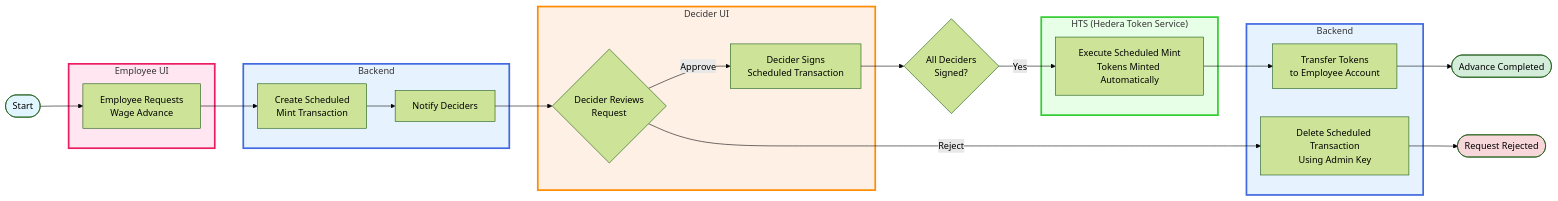
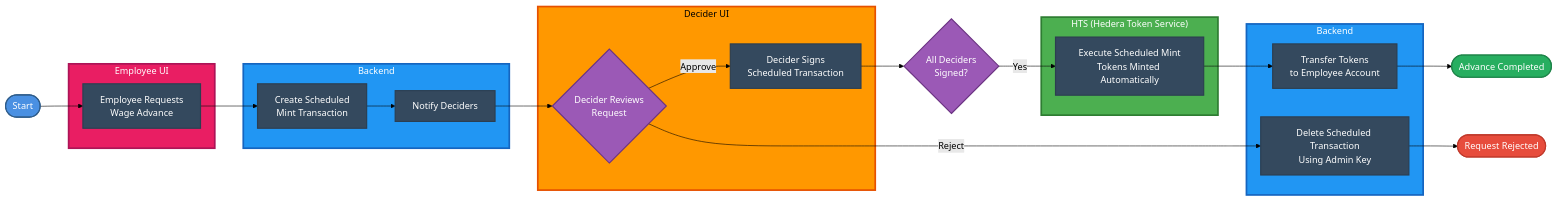
Before and after one commit to abdop/TARWIJ_EWA_V6: the second of 5 diagrams in README.md, drawn with Mermaid (forest theme). The commit also changed other lines of this file, not shown here.

````diff
--- a/README.md
+++ b/README.md
@@ -328,54 +331,57 @@
 ```mermaid
 graph LR
     W1([Start]) --> W2[Employee Requests<br/>Wage Advance]
     W2 --> W3[Create Scheduled<br/>Mint Transaction]
     W3 --> W4[Notify Deciders]
     W4 --> W5{Decider Reviews<br/>Request}
     W5 -->|Approve| W6[Decider Signs<br/>Scheduled Transaction]
     W5 -->|Reject| W7[Delete Scheduled Transaction<br/>Using Admin Key]
     W6 --> W8{All Deciders<br/>Signed?}
     W8 -->|Yes| W9[Execute Scheduled Mint<br/>Tokens Minted Automatically]
     W9 --> W10[Transfer Tokens<br/>to Employee Account]
     W7 --> W11([Request Rejected])
     W10 --> W12([Advance Completed])
 
     subgraph EmployeeUI[" Employee UI "]
         W2
     end
 
     subgraph Backend1[" Backend "]
         W3
         W4
     end
 
     subgraph DeciderUI[" Decider UI "]
         W5
         W6
     end
 
     subgraph HTS1[" HTS (Hedera Token Service) "]
         W9
     end
 
     subgraph Backend2[" Backend "]
         W7
         W10
     end
 
-    classDef startNode fill:#e1f5ff
-    classDef rejectNode fill:#f8d7da
-    classDef successNode fill:#d4edda
-    classDef employeeZone fill:#ffe6f0,stroke:#E91E63,stroke-width:3px
-    classDef backendZone fill:#e6f3ff,stroke:#4169E1,stroke-width:3px
-    classDef deciderZone fill:#fff0e6,stroke:#FF8C00,stroke-width:3px
-    classDef hederaZone fill:#e6ffe6,stroke:#32CD32,stroke-width:3px
+    classDef startNode fill:#4A90E2,stroke:#2E5C8A,stroke-width:2px,color:#fff
+    classDef rejectNode fill:#E74C3C,stroke:#C0392B,stroke-width:2px,color:#fff
+    classDef successNode fill:#27AE60,stroke:#1E8449,stroke-width:2px,color:#fff
+    classDef employeeZone fill:#E91E63,stroke:#AD1457,stroke-width:3px,color:#fff
+    classDef backendZone fill:#2196F3,stroke:#1565C0,stroke-width:3px,color:#fff
+    classDef deciderZone fill:#FF9800,stroke:#E65100,stroke-width:3px,color:#000
+    classDef hederaZone fill:#4CAF50,stroke:#2E7D32,stroke-width:3px,color:#fff
+    classDef normalNode fill:#34495E,stroke:#2C3E50,stroke-width:2px,color:#fff
+    classDef decisionNode fill:#9B59B6,stroke:#6C3483,stroke-width:2px,color:#fff
 
     class W1 startNode
     class W11 rejectNode
     class W12 successNode
+    class W2,W3,W4,W6,W7,W9,W10 normalNode
+    class W5,W8 decisionNode
     class EmployeeUI employeeZone
     class Backend1,Backend2 backendZone
     class DeciderUI deciderZone
     class HTS1 hederaZone
-
 ```
````
